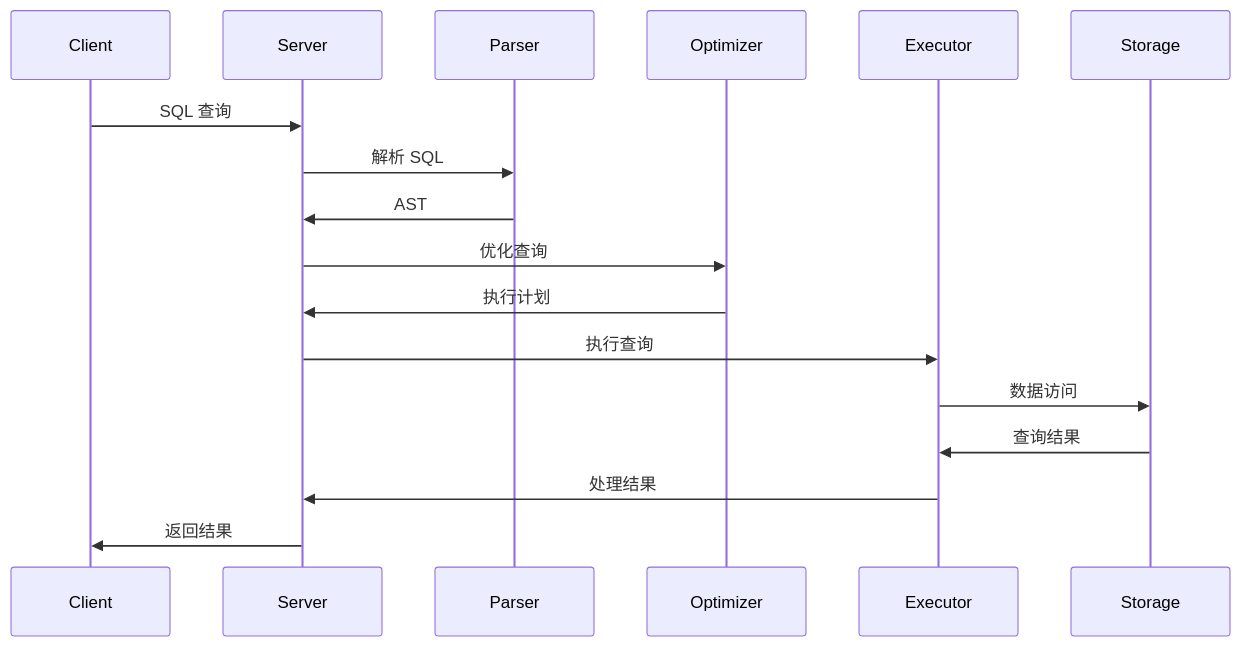
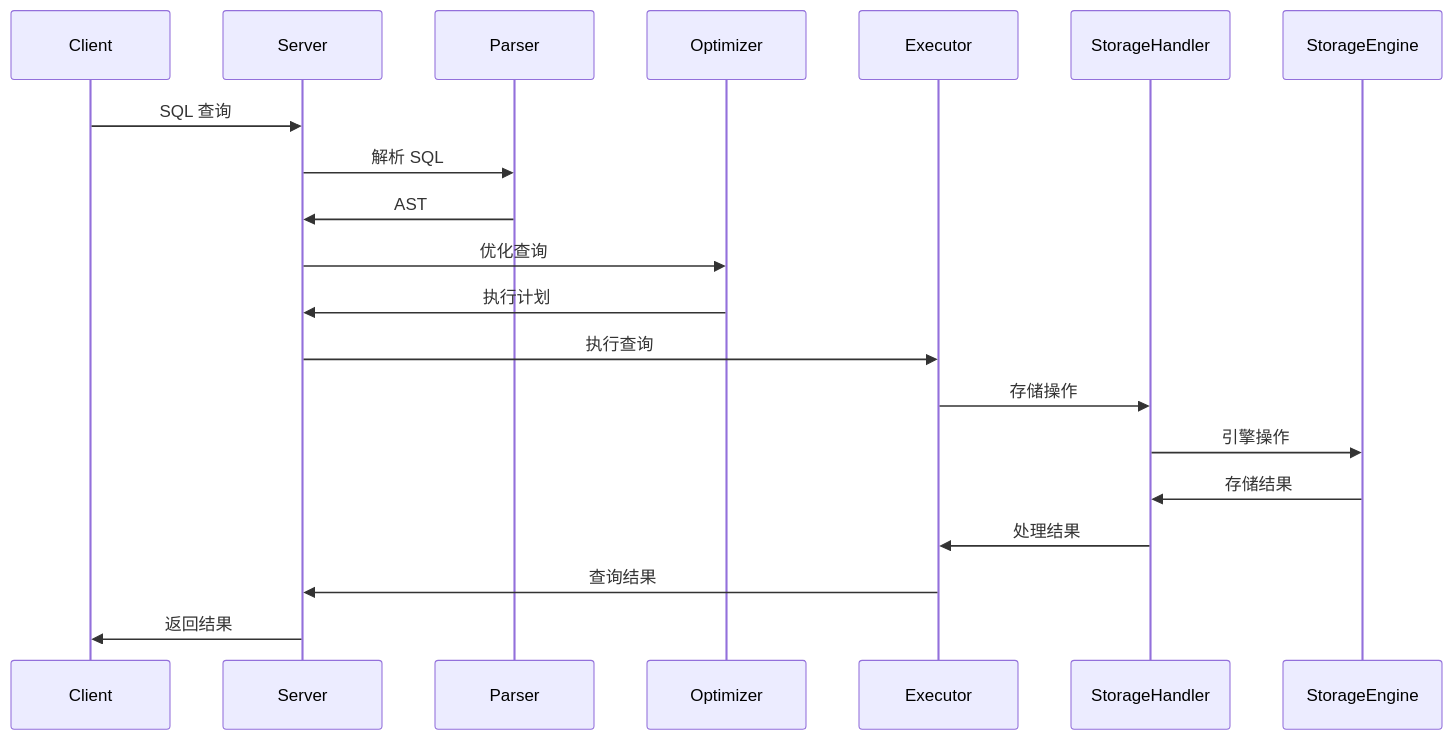
One commit to sealdb/sealdb changed the second of 5 diagrams in docs/architecture.md. Above: the diagram before and after it, drawn with Mermaid. The commit also changed other lines of this file and 44 other files, not shown here.

````diff
--- a/docs/architecture.md
+++ b/docs/architecture.md
@@ -112,20 +184,23 @@
 ```mermaid
 sequenceDiagram
     participant Client
     participant Server
     participant Parser
     participant Optimizer
     participant Executor
-    participant Storage
-    
+    participant StorageHandler
+    participant StorageEngine
+
     Client->>Server: SQL 查询
     Server->>Parser: 解析 SQL
     Parser->>Server: AST
     Server->>Optimizer: 优化查询
     Optimizer->>Server: 执行计划
     Server->>Executor: 执行查询
-    Executor->>Storage: 数据访问
-    Storage->>Executor: 查询结果
-    Executor->>Server: 处理结果
+    Executor->>StorageHandler: 存储操作
+    StorageHandler->>StorageEngine: 引擎操作
+    StorageEngine->>StorageHandler: 存储结果
+    StorageHandler->>Executor: 处理结果
+    Executor->>Server: 查询结果
     Server->>Client: 返回结果
 ```
````
